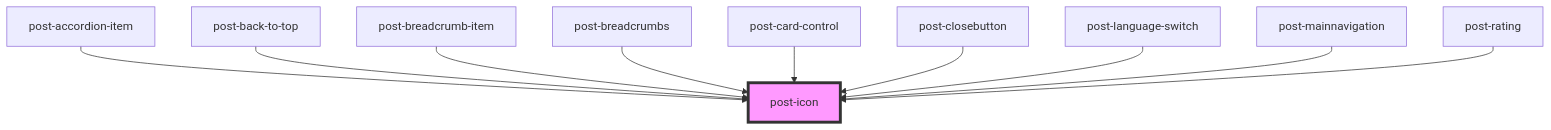
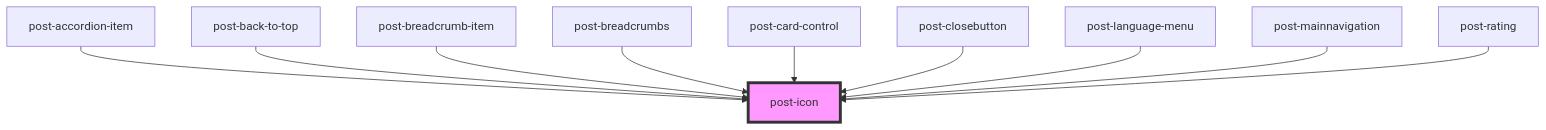
One commit to swisspost/design-system changed the diagram in packages/components/src/components/post-icon/readme.md. Above: the diagram before and after it, drawn with Mermaid. The commit also changed other lines of this file and 25 other files, not shown here.

Commit message:
chore(component): rename the `post-language-switch` and `post-language-option` components

````diff
--- a/packages/components/src/components/post-icon/readme.md
+++ b/packages/components/src/components/post-icon/readme.md
@@ -36,13 +36,13 @@
 ```mermaid
 graph TD;
   post-accordion-item --> post-icon
   post-back-to-top --> post-icon
   post-breadcrumb-item --> post-icon
   post-breadcrumbs --> post-icon
   post-card-control --> post-icon
   post-closebutton --> post-icon
-  post-language-switch --> post-icon
+  post-language-menu --> post-icon
   post-mainnavigation --> post-icon
   post-rating --> post-icon
   style post-icon fill:#f9f,stroke:#333,stroke-width:4px
 ```
````
